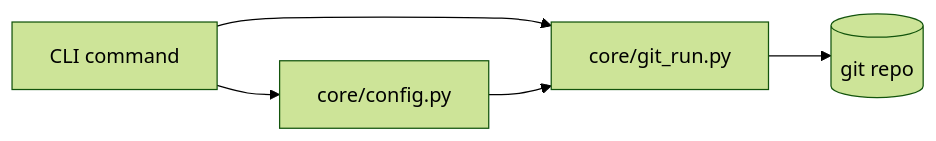
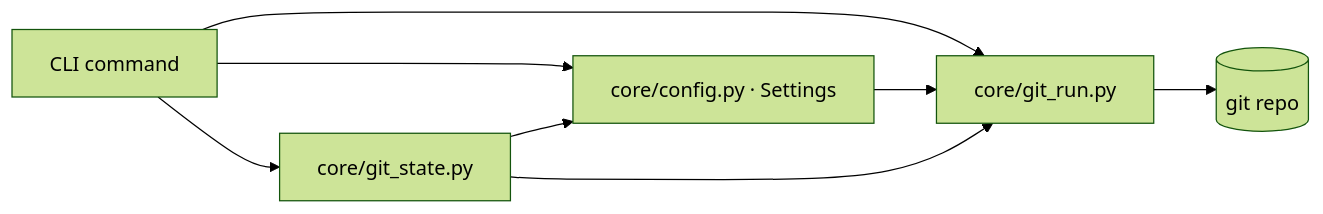
The third of 8 diagrams in docu/architecture.md (togrue/gerrit-workflow-tools), drawn with Mermaid (forest theme) before and after one commit. The commit also changed other lines of this file and 52 other files, not shown here.

````diff
--- a/docu/architecture.md
+++ b/docu/architecture.md
@@ -123,12 +123,16 @@
 ```mermaid
 flowchart LR
   cmd[CLI command]
-  config[core/config.py]
+  config[core/config.py · Settings]
+  state[core/git_state.py]
   git[core/git_run.py]
   repo[(git repo)]
 
   cmd --> config
+  cmd --> state
   cmd --> git
+  state --> config
   config --> git
+  state --> git
   git --> repo
 ```
````
